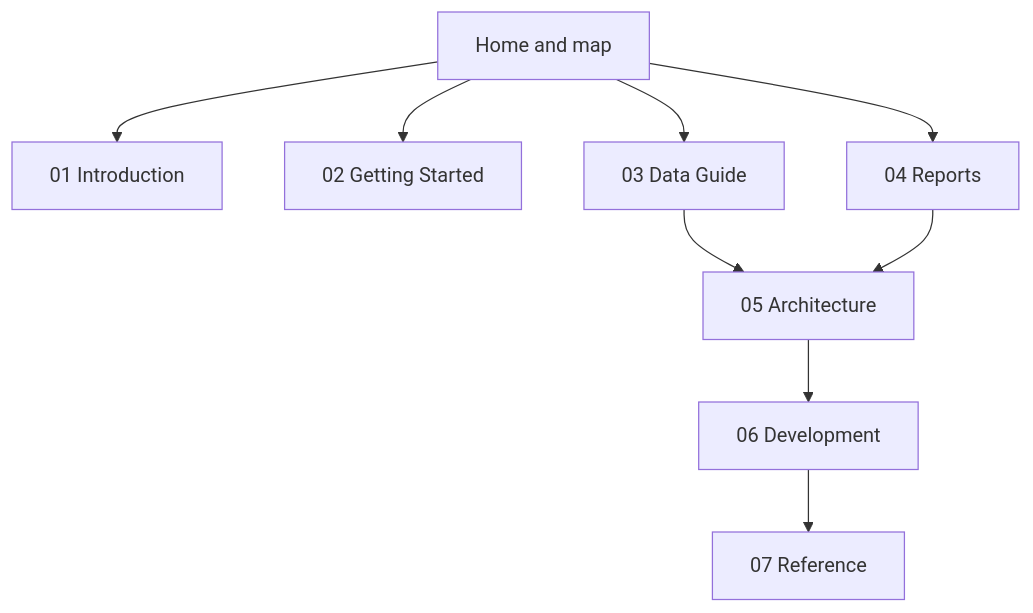
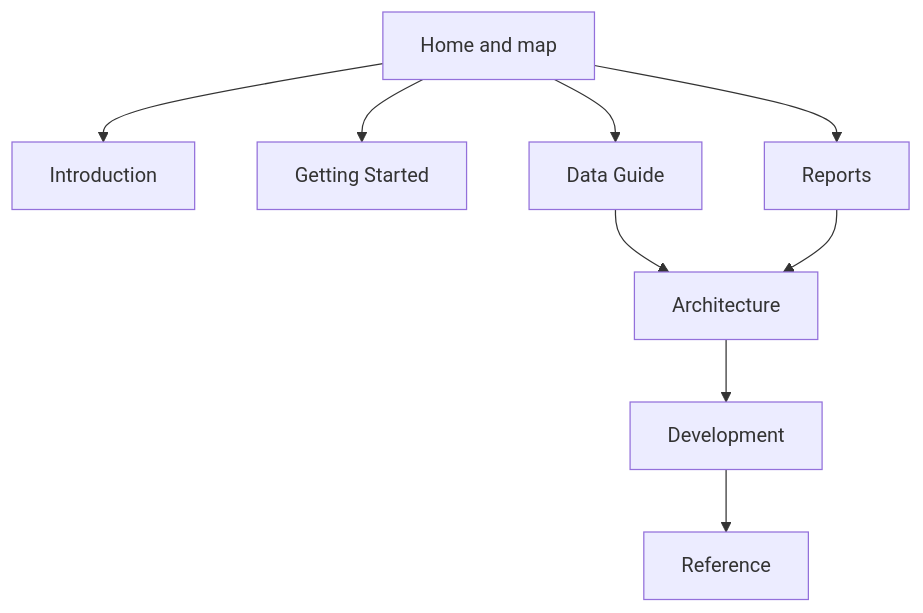
The second of 2 diagrams in docs/index.md (bijux/bijux-pollenomics), drawn with Mermaid before and after one commit.

Commit message:
docs(site): align homepage reading map with nav labels

````diff
--- a/docs/index.md
+++ b/docs/index.md
@@ -54,11 +54,11 @@
 ```mermaid
 flowchart TD
-    Home[Home and map] --> Intro[01 Introduction]
-    Home --> GettingStarted[02 Getting Started]
-    Home --> DataGuide[03 Data Guide]
-    Home --> Reports[04 Reports]
-    DataGuide --> Architecture[05 Architecture]
+    Home[Home and map] --> Intro[Introduction]
+    Home --> GettingStarted[Getting Started]
+    Home --> DataGuide[Data Guide]
+    Home --> Reports[Reports]
+    DataGuide --> Architecture[Architecture]
     Reports --> Architecture
-    Architecture --> Development[06 Development]
-    Development --> Reference[07 Reference]
+    Architecture --> Development[Development]
+    Development --> Reference[Reference]
 ```
````
